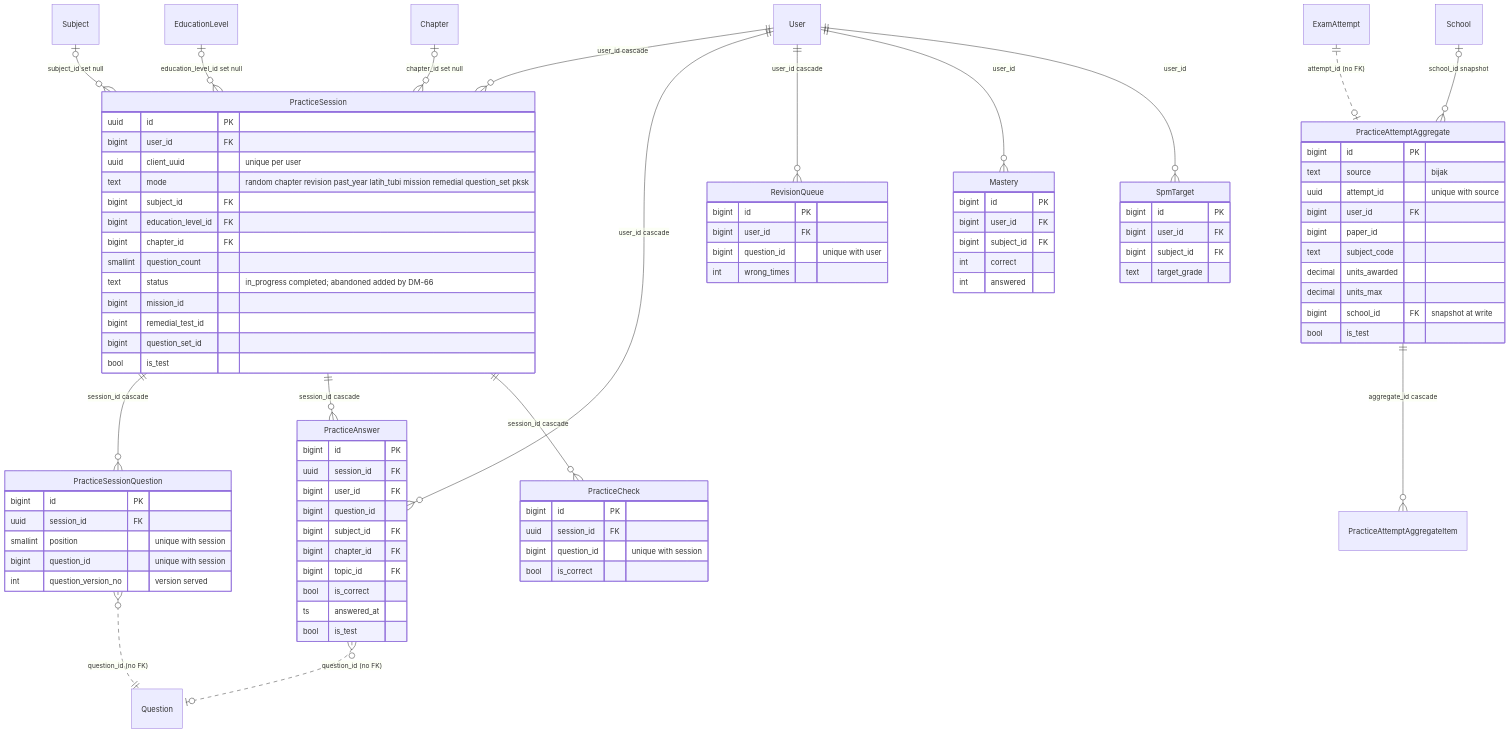
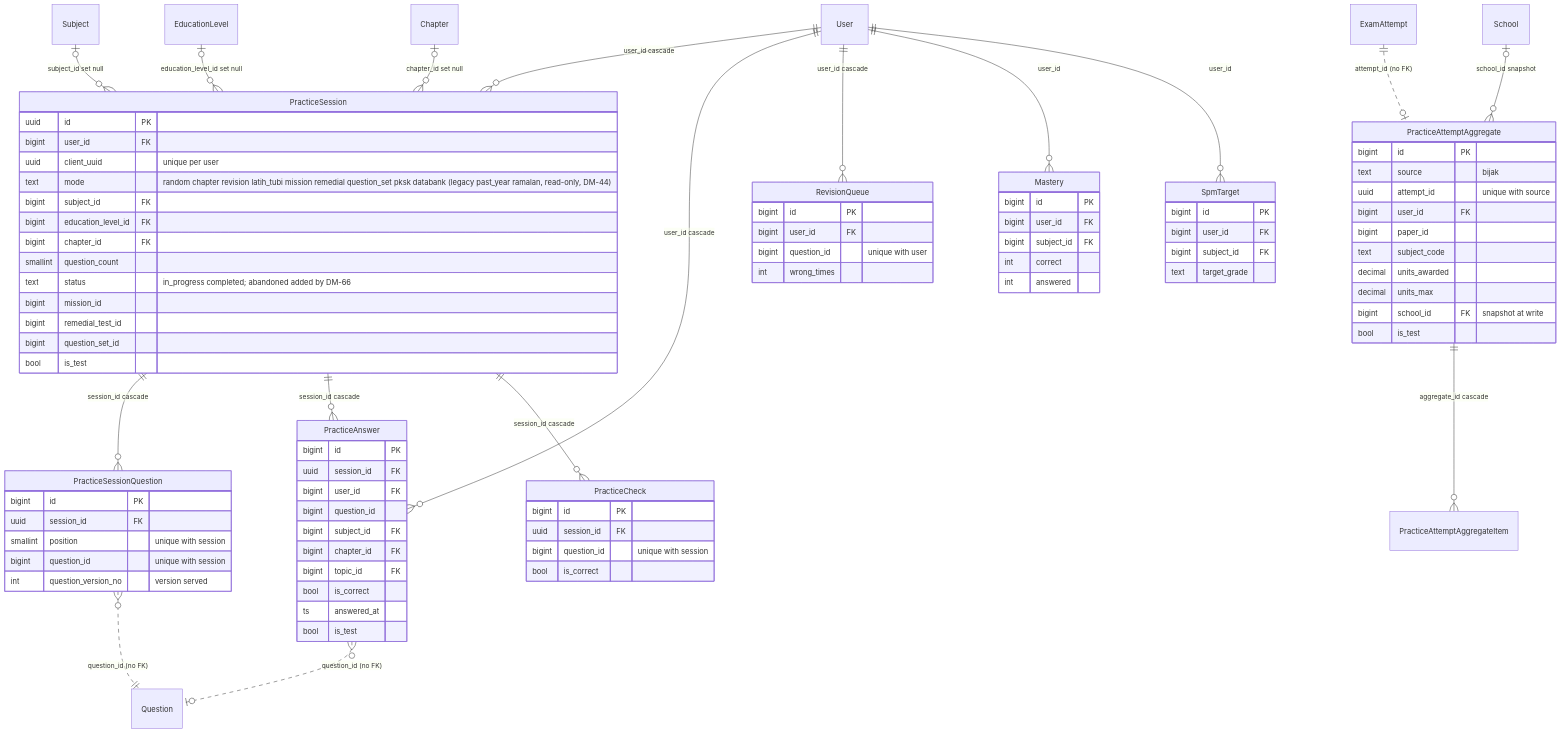
One commit to amin-kerja-orang/prestasiplus changed the fifth of 10 diagrams in docs/prd/r1/50-data-model-erd.md. Above: the diagram before and after it, drawn with Mermaid. The commit also changed other lines of this file and 2 other files, not shown here.

First line of the commit message:
docs(r1): T10 run-1 fixes in 40/50/10 (AC-CHAIN-2 reviewer step, accuracy wire format, databank/tracking_a modes, Kuiz via API-BIJAK-06)

```diff
--- a/docs/prd/r1/50-data-model-erd.md
+++ b/docs/prd/r1/50-data-model-erd.md
@@ -597,7 +597,7 @@
     uuid id PK
     bigint user_id FK
     uuid client_uuid "unique per user"
-    text mode "random chapter revision past_year latih_tubi mission remedial question_set pksk"
+    text mode "random chapter revision latih_tubi mission remedial question_set pksk databank (legacy past_year ramalan, read-only, DM-44)"
     bigint subject_id FK
     bigint education_level_id FK
     bigint chapter_id FK
```
